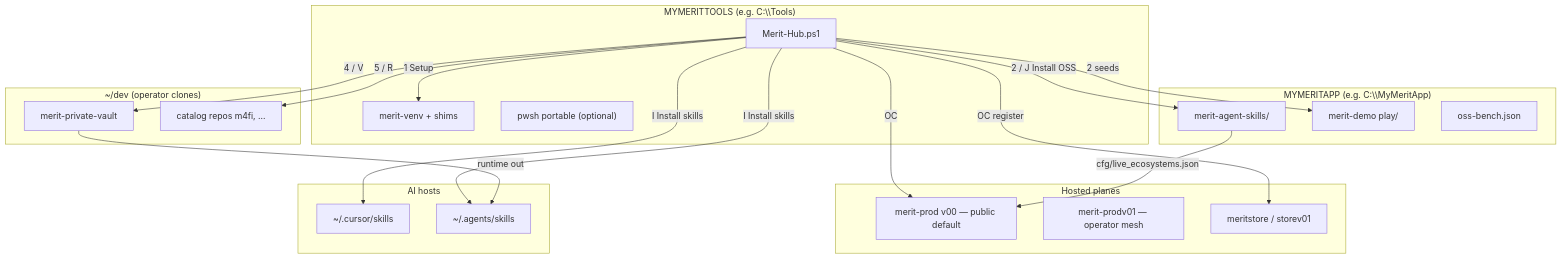
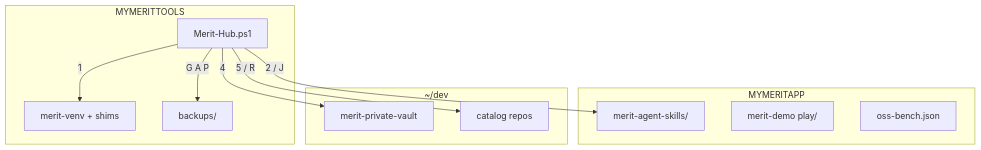
Before and after one commit to AgentDraven/merit-agent-skills: the diagram in Merit-Hub/README.md, drawn with Mermaid. The commit also changed other lines of this file and 10 other files, not shown here.

````diff
--- a/Merit-Hub/README.md
+++ b/Merit-Hub/README.md
@@ -13,42 +63,25 @@
 ```mermaid
 flowchart TB
-  subgraph tools ["MYMERITTOOLS (e.g. C:\\Tools)"]
+  subgraph tools ["MYMERITTOOLS"]
     HUB["Merit-Hub.ps1"]
     VENV["merit-venv + shims"]
-    PWSH["pwsh portable (optional)"]
+    BACK["backups/"]
   end
 
-  subgraph bench ["MYMERITAPP (e.g. C:\\MyMeritApp)"]
+  subgraph bench ["MYMERITAPP"]
     SKILLS["merit-agent-skills/"]
     DEMO["merit-demo play/"]
     BENCH["oss-bench.json"]
   end
 
-  subgraph dev ["~/dev (operator clones)"]
+  subgraph dev ["~/dev"]
     VAULT["merit-private-vault"]
-    CATALOG["catalog repos m4fi, …"]
+    CATALOG["catalog repos"]
   end
 
-  subgraph hosts ["Hosted planes"]
-    V00["merit-prod v00 — public default"]
-    V01["merit-prodv01 — operator mesh"]
-    STORE["meritstore / storev01"]
-  end
-
-  subgraph ai ["AI hosts"]
-    CURSOR["~/.cursor/skills"]
-    AGENTS["~/.agents/skills"]
-  end
-
-  HUB -->|"1 Setup"| VENV
-  HUB -->|"2 / J Install OSS"| SKILLS
-  HUB -->|"2 seeds"| DEMO
-  HUB -->|"4 / V"| VAULT
+  HUB -->|"1"| VENV
+  HUB -->|"2 / J"| SKILLS
+  HUB -->|"4"| VAULT
   HUB -->|"5 / R"| CATALOG
-  HUB -->|"I Install skills"| CURSOR
-  HUB -->|"I Install skills"| AGENTS
-  HUB -->|"OC"| V00
-  HUB -->|"OC register"| STORE
-  VAULT -->|"runtime out"| AGENTS
-  SKILLS -->|"cfg/live_ecosystems.json"| V00
+  HUB -->|"G A P"| BACK
 ```
````
